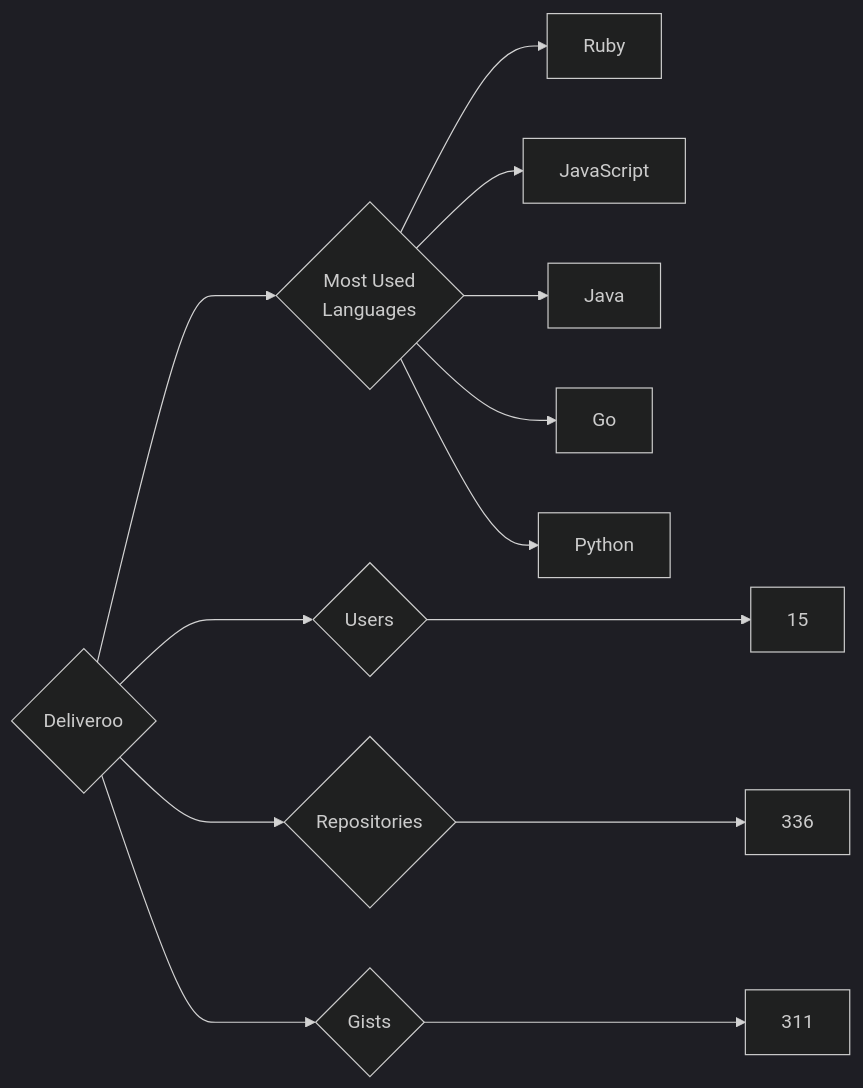
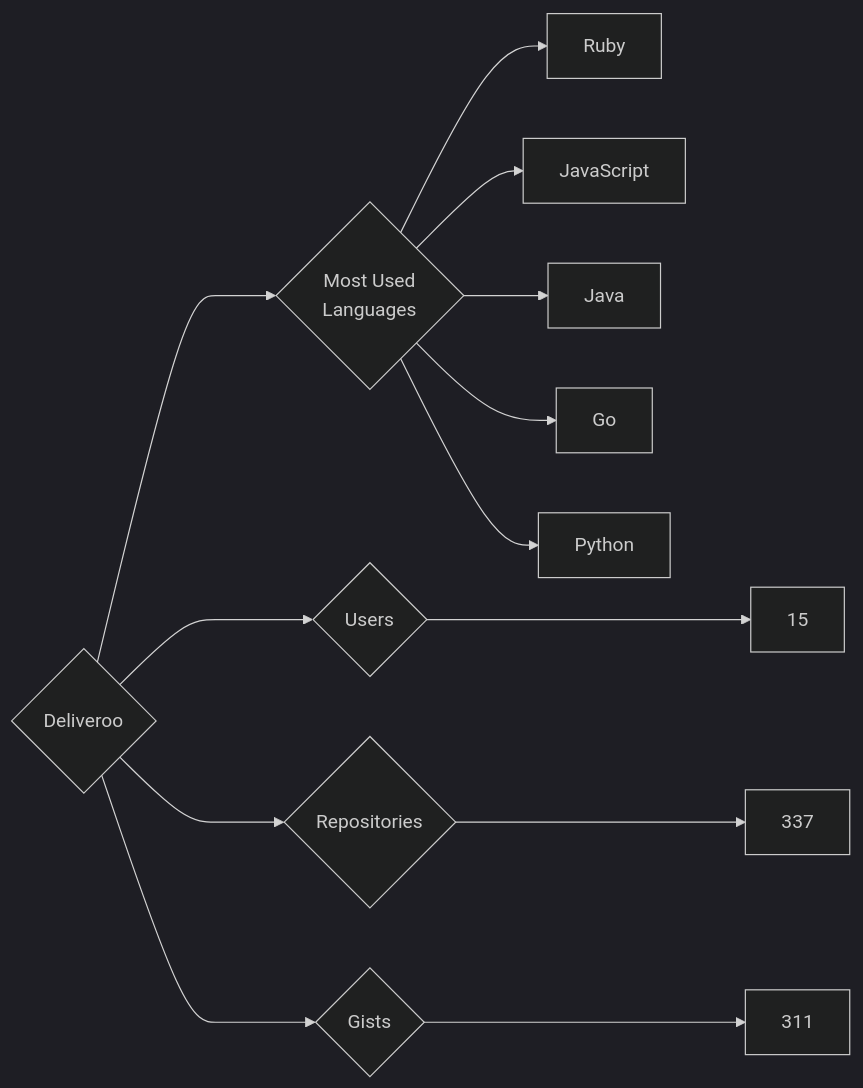
The diagram in targets/Deliveroo/README.md (trickest/insiders), drawn with Mermaid (dark theme) before and after one commit. The commit also changed 826 other files, not shown here.

````diff
--- a/targets/Deliveroo/README.md
+++ b/targets/Deliveroo/README.md
@@ -3,13 +3,13 @@
 ```mermaid
 graph LR
 COMPANY_NAME{Deliveroo}
 COMPANY_NAME ---> U{Users} ---> UN[15]
-COMPANY_NAME ---> R{Repositories} ---> RN[336]
+COMPANY_NAME ---> R{Repositories} ---> RN[337]
 COMPANY_NAME ---> G{Gists} ---> GN[311]
 COMPANY_NAME ---> ML{Most Used<br>Languages}
 ML --> Ruby[Ruby]
 ML --> JavaScript[JavaScript]
 ML --> Java[Java]
 ML --> Go[Go]
 ML --> Python[Python]
 ```
````
